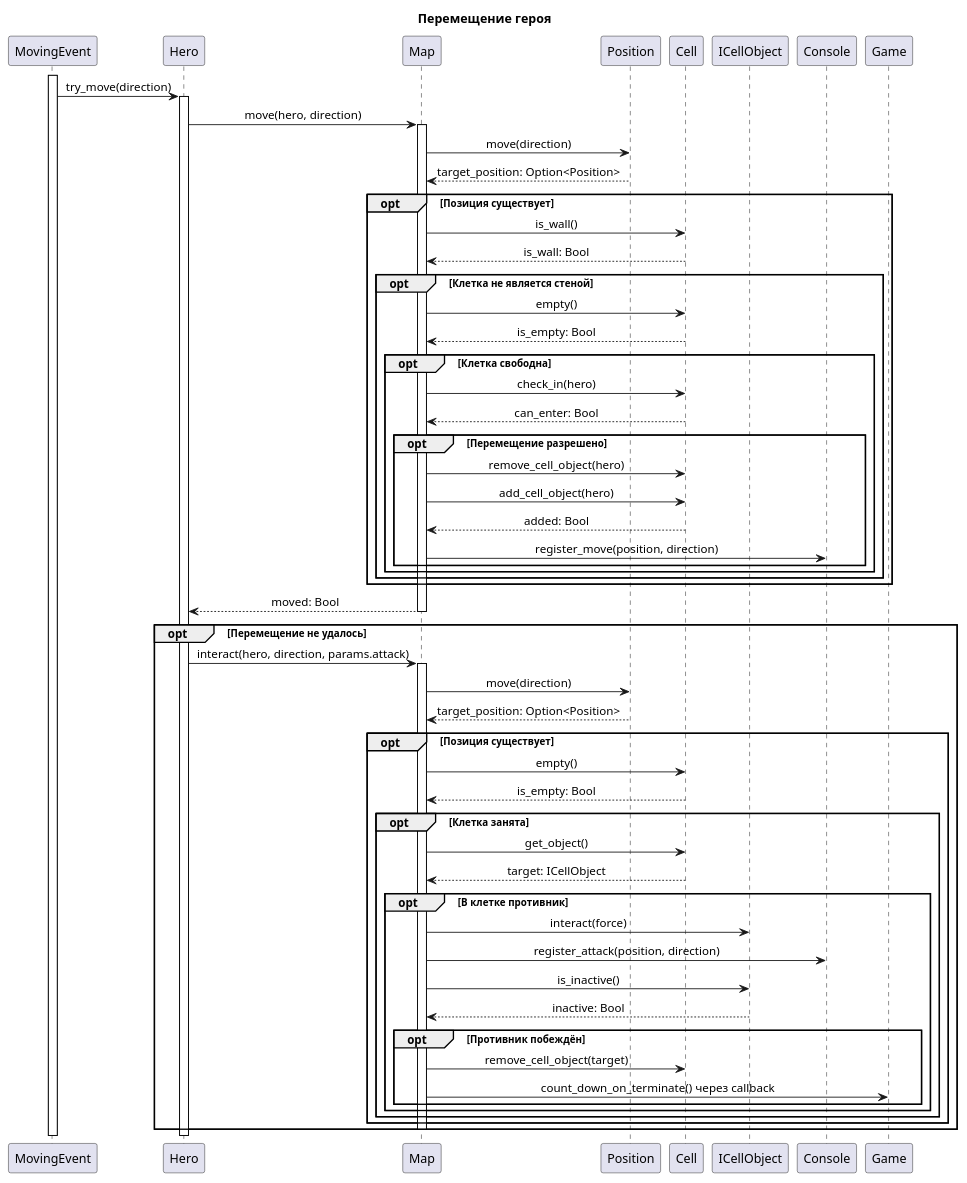
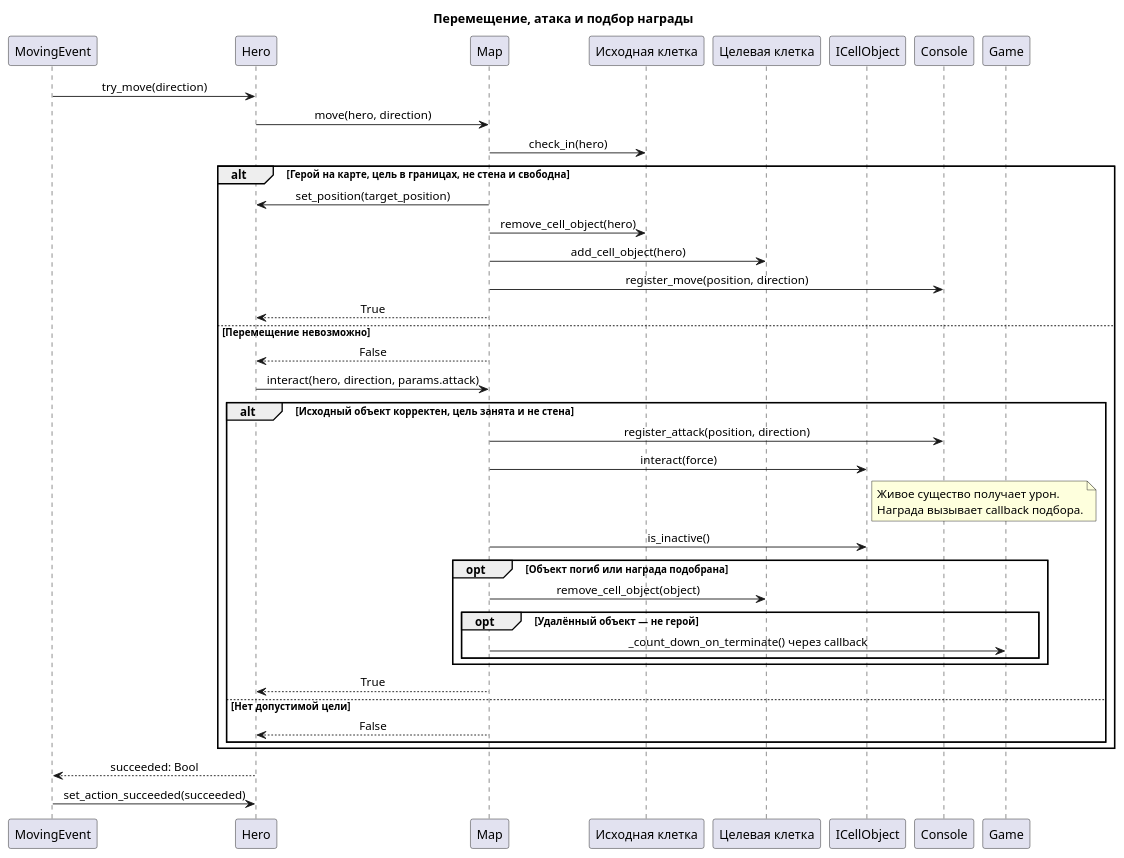
The diagram in docs/diagrams/sequence/sequence_hero_movement.plantuml (ISArchitec/Roguelike), drawn with PlantUML before and after one commit. The commit also changed 18 other files, not shown here.

```diff
--- a/docs/diagrams/sequence/sequence_hero_movement.plantuml
+++ b/docs/diagrams/sequence/sequence_hero_movement.plantuml
@@ -1,72 +1,51 @@
 @startuml
 skinparam shadowing false
 skinparam sequenceParticipant roundCorner 0
 skinparam sequenceLifeLineBorderColor black
 skinparam sequenceLifeLineBackgroundColor white
 skinparam sequenceMessageAlign center
-title Перемещение героя
+title Перемещение, атака и подбор награды
 
 participant MovingEvent as Event
 participant Hero
 participant Map
-participant Position
-participant Cell
+participant "Исходная клетка" as Source
+participant "Целевая клетка" as Target
 participant ICellObject as Object
 participant Console
 participant Game
 
-activate Event
 Event -> Hero: try_move(direction)
-activate Hero
 Hero -> Map: move(hero, direction)
-activate Map
-Map -> Position: move(direction)
-Position --> Map: target_position: Option<Position>
-opt Позиция существует
-    Map -> Cell: is_wall()
-    Cell --> Map: is_wall: Bool
-    opt Клетка не является стеной
-        Map -> Cell: empty()
-        Cell --> Map: is_empty: Bool
-        opt Клетка свободна
-            Map -> Cell: check_in(hero)
-            Cell --> Map: can_enter: Bool
-            opt Перемещение разрешено
-                Map -> Cell: remove_cell_object(hero)
-                Map -> Cell: add_cell_object(hero)
-                Cell --> Map: added: Bool
-                Map -> Console: register_move(position, direction)
+Map -> Source: check_in(hero)
+alt Герой на карте, цель в границах, не стена и свободна
+    Map -> Hero: set_position(target_position)
+    Map -> Source: remove_cell_object(hero)
+    Map -> Target: add_cell_object(hero)
+    Map -> Console: register_move(position, direction)
+    Map --> Hero: True
+else Перемещение невозможно
+    Map --> Hero: False
+    Hero -> Map: interact(hero, direction, params.attack)
+    alt Исходный объект корректен, цель занята и не стена
+        Map -> Console: register_attack(position, direction)
+        Map -> Object: interact(force)
+        note right of Object
+          Живое существо получает урон.
+          Награда вызывает callback подбора.
+        end note
+        Map -> Object: is_inactive()
+        opt Объект погиб или награда подобрана
+            Map -> Target: remove_cell_object(object)
+            opt Удалённый объект — не герой
+                Map -> Game: _count_down_on_terminate() через callback
             end
         end
+        Map --> Hero: True
+    else Нет допустимой цели
+        Map --> Hero: False
     end
 end
-Map --> Hero: moved: Bool
-deactivate Map
-opt Перемещение не удалось
-    Hero -> Map: interact(hero, direction, params.attack)
-    activate Map
-    Map -> Position: move(direction)
-    Position --> Map: target_position: Option<Position>
-    opt Позиция существует
-        Map -> Cell: empty()
-        Cell --> Map: is_empty: Bool
-        opt Клетка занята
-            Map -> Cell: get_object()
-            Cell --> Map: target: ICellObject
-            opt В клетке противник
-                Map -> Object: interact(force)
-                Map -> Console: register_attack(position, direction)
-                Map -> Object: is_inactive()
-                Object --> Map: inactive: Bool
-                opt Противник побеждён
-                    Map -> Cell: remove_cell_object(target)
-                    Map -> Game: count_down_on_terminate() через callback
-                end
-            end
-        end
-    end
-    deactivate Map
-end
-deactivate Hero
-deactivate Event
+Hero --> Event: succeeded: Bool
+Event -> Hero: set_action_succeeded(succeeded)
 @enduml
```
